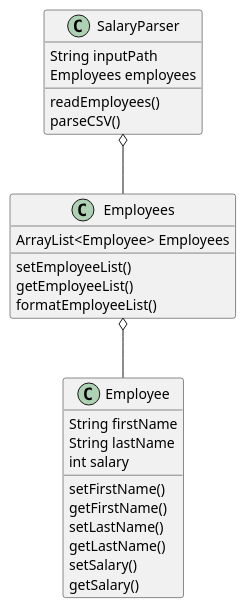
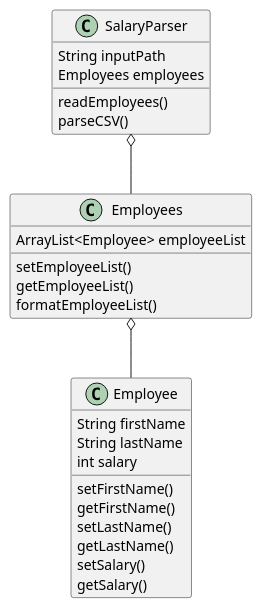
Before and after one commit to vuolo/vuolo-cop3330-assignment3: the diagram in src/main/resources/diagrams/ex42.puml, drawn with PlantUML. The commit also changed 14 other files, not shown here.

```diff
--- a/src/main/resources/diagrams/ex42.puml
+++ b/src/main/resources/diagrams/ex42.puml
@@ -1,35 +1,35 @@
 @startuml
 
 class SalaryParser {
     String inputPath
     Employees employees
 
     readEmployees()
     parseCSV()
 }
 
 class Employees {
-    ArrayList<Employee> Employees
+    ArrayList<Employee> employeeList
 
     setEmployeeList()
     getEmployeeList()
     formatEmployeeList()
 }
 
 class Employee {
     String firstName
     String lastName
     int salary
 
     setFirstName()
     getFirstName()
     setLastName()
     getLastName()
     setSalary()
     getSalary()
 }
 
 SalaryParser o-- Employees
 Employees o-- Employee
 
 @enduml
```
